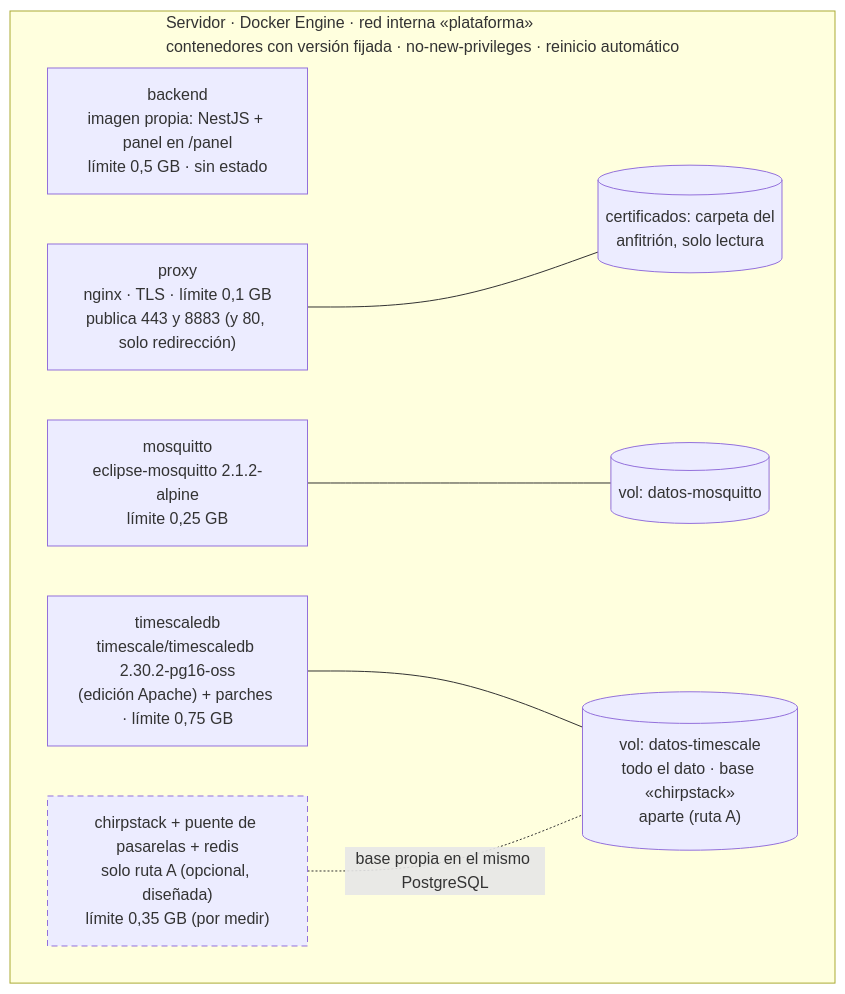
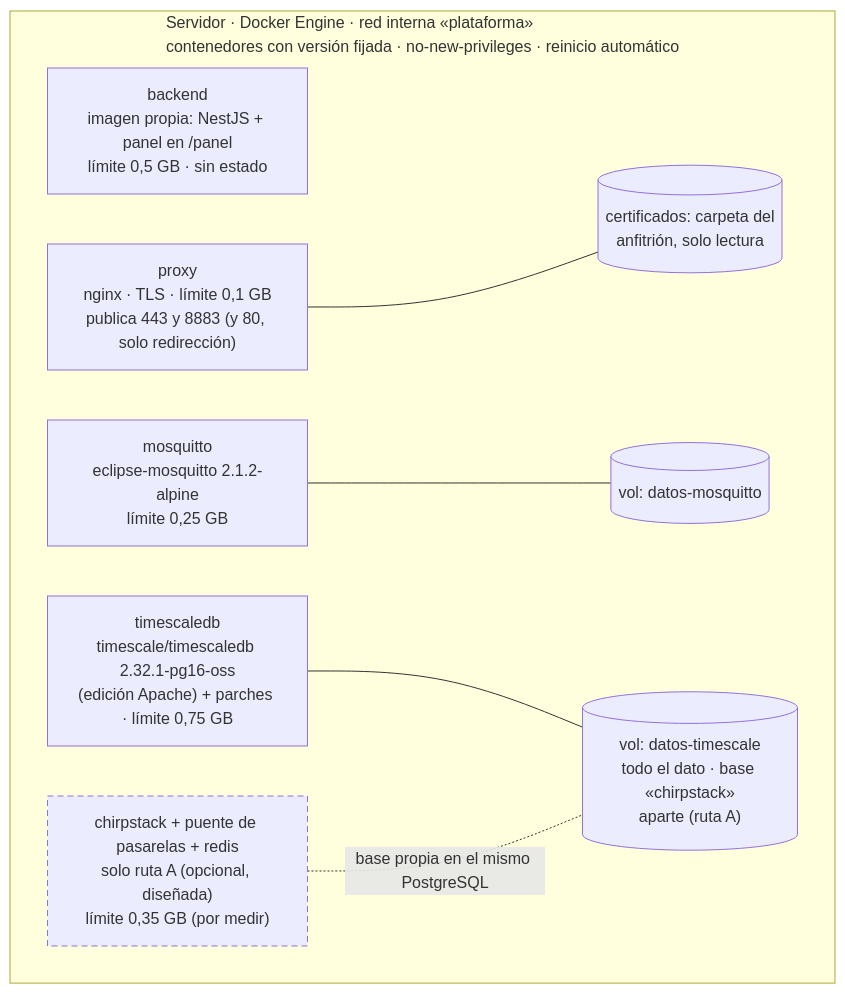
Before and after one commit to vicenterami/tesis: the diagram in informe-oficial/figuras/mermaid/despliegue.mmd, drawn with Mermaid. The commit also changed 10 other files, not shown here.

```diff
--- a/informe-oficial/figuras/mermaid/despliegue.mmd
+++ b/informe-oficial/figuras/mermaid/despliegue.mmd
@@ -1,20 +1,20 @@
 %%{init: {"flowchart": {"subGraphTitleMargin": {"top": 0, "bottom": 22}}}}%%
 flowchart LR
     subgraph HOST["Servidor · Docker Engine · red interna «plataforma»<br/>contenedores con versión fijada · no-new-privileges · reinicio automático"]
         direction LR
         C5["proxy<br/>nginx · TLS · límite 0,1 GB<br/>publica 443 y 8883 (y 80, solo redirección)"]
         C1["mosquitto<br/>eclipse-mosquitto 2.1.2-alpine<br/>límite 0,25 GB"]
         C4["backend<br/>imagen propia: NestJS + panel en /panel<br/>límite 0,5 GB · sin estado"]
-        C3["timescaledb<br/>timescale/timescaledb 2.30.2-pg16-oss<br/>(edición Apache) + parches · límite 0,75 GB"]
+        C3["timescaledb<br/>timescale/timescaledb 2.32.1-pg16-oss<br/>(edición Apache) + parches · límite 0,75 GB"]
         C2["chirpstack + puente de pasarelas + redis<br/>solo ruta A (opcional, diseñada)<br/>límite 0,35 GB (por medir)"]
         V4[("certificados: carpeta del<br/>anfitrión, solo lectura")]
         V2[("vol: datos-mosquitto")]
         V1[("vol: datos-timescale<br/>todo el dato · base «chirpstack»<br/>aparte (ruta A)")]
     end
     C4 ~~~ V4
     C5 --- V4
     C1 --- V2
     C3 --- V1
     C2 -. "base propia en el mismo PostgreSQL" .- V1
     classDef opcional stroke-dasharray:6 4
     class C2 opcional
```
